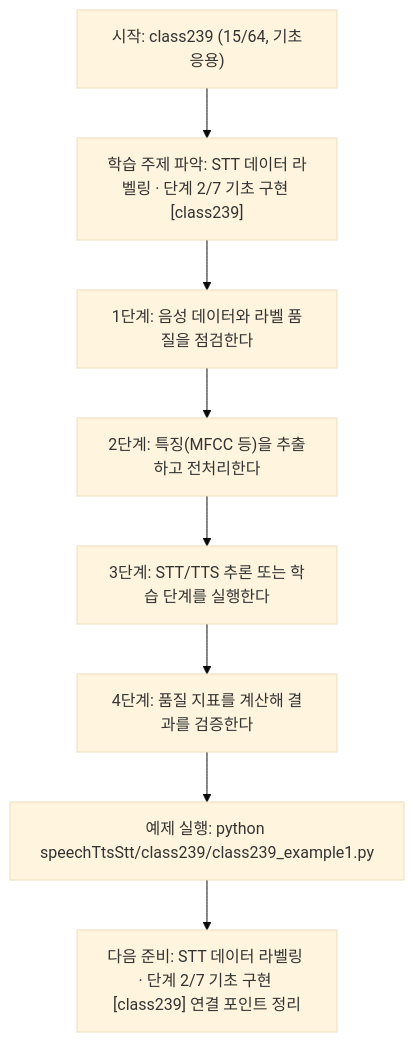
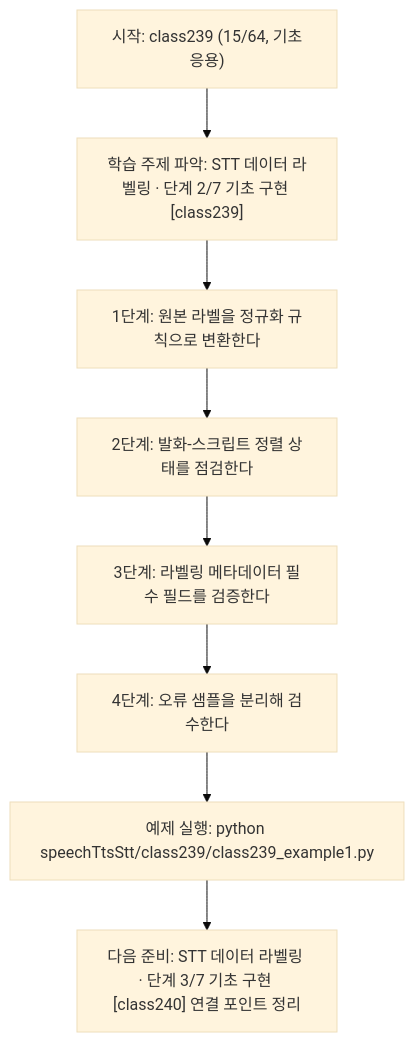
Before and after one commit to edumgt/Python-AI_Agent-Class: the diagram in speechTtsStt/class239/class239.md, drawn with Mermaid (base theme). The commit also changed other lines of this file and 1122 other files, not shown here.

````diff
--- a/speechTtsStt/class239/class239.md
+++ b/speechTtsStt/class239/class239.md
@@ -114,18 +95,18 @@
 ```mermaid
 flowchart TD
 N1["시작: class239 (15/64, 기초응용)"]
 N2["학습 주제 파악: STT 데이터 라벨링 · 단계 2/7 기초 구현 [class239]"]
-N3["1단계: 음성 데이터와 라벨 품질을 점검한다"]
-N4["2단계: 특징(MFCC 등)을 추출하고 전처리한다"]
-N5["3단계: STT/TTS 추론 또는 학습 단계를 실행한다"]
-N6["4단계: 품질 지표를 계산해 결과를 검증한다"]
+N3["1단계: 원본 라벨을 정규화 규칙으로 변환한다"]
+N4["2단계: 발화-스크립트 정렬 상태를 점검한다"]
+N5["3단계: 라벨링 메타데이터 필수 필드를 검증한다"]
+N6["4단계: 오류 샘플을 분리해 검수한다"]
 N7["예제 실행: python speechTtsStt/class239/class239_example1.py"]
-N8["다음 준비: STT 데이터 라벨링 · 단계 2/7 기초 구현 [class239] 연결 포인트 정리"]
+N8["다음 준비: STT 데이터 라벨링 · 단계 3/7 기초 구현 [class240] 연결 포인트 정리"]
 N1 --> N2
 N2 --> N3
 N3 --> N4
 N4 --> N5
 N5 --> N6
 N6 --> N7
 N7 --> N8
 ```
````
